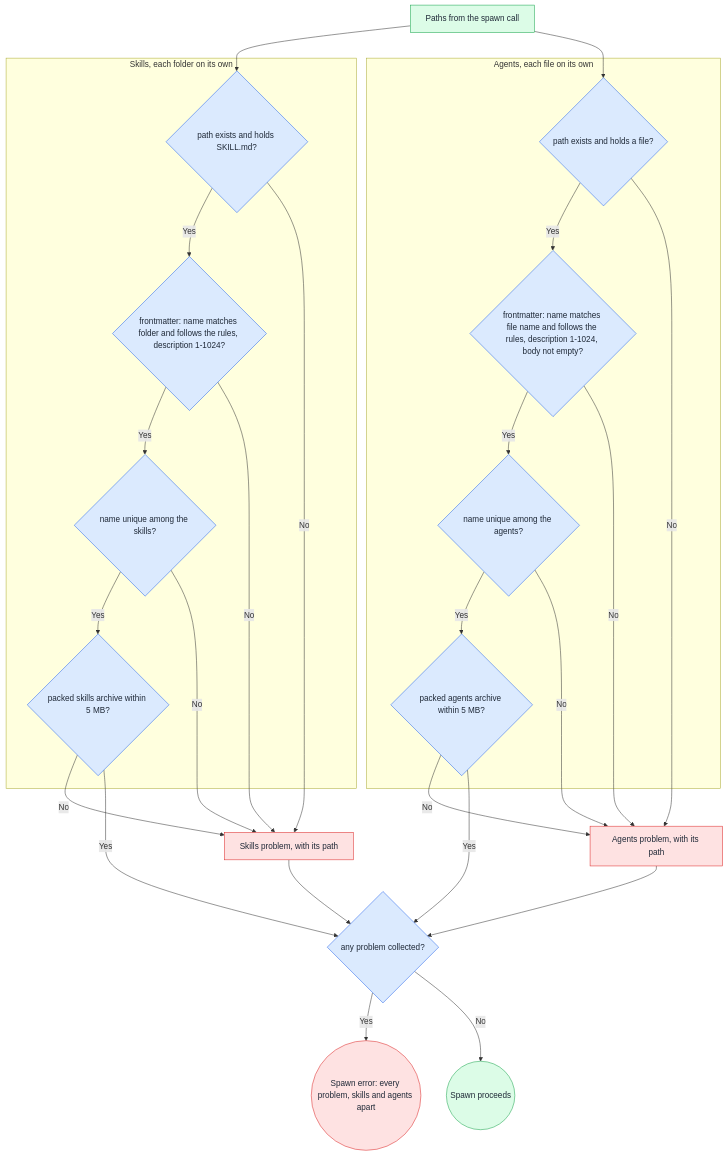
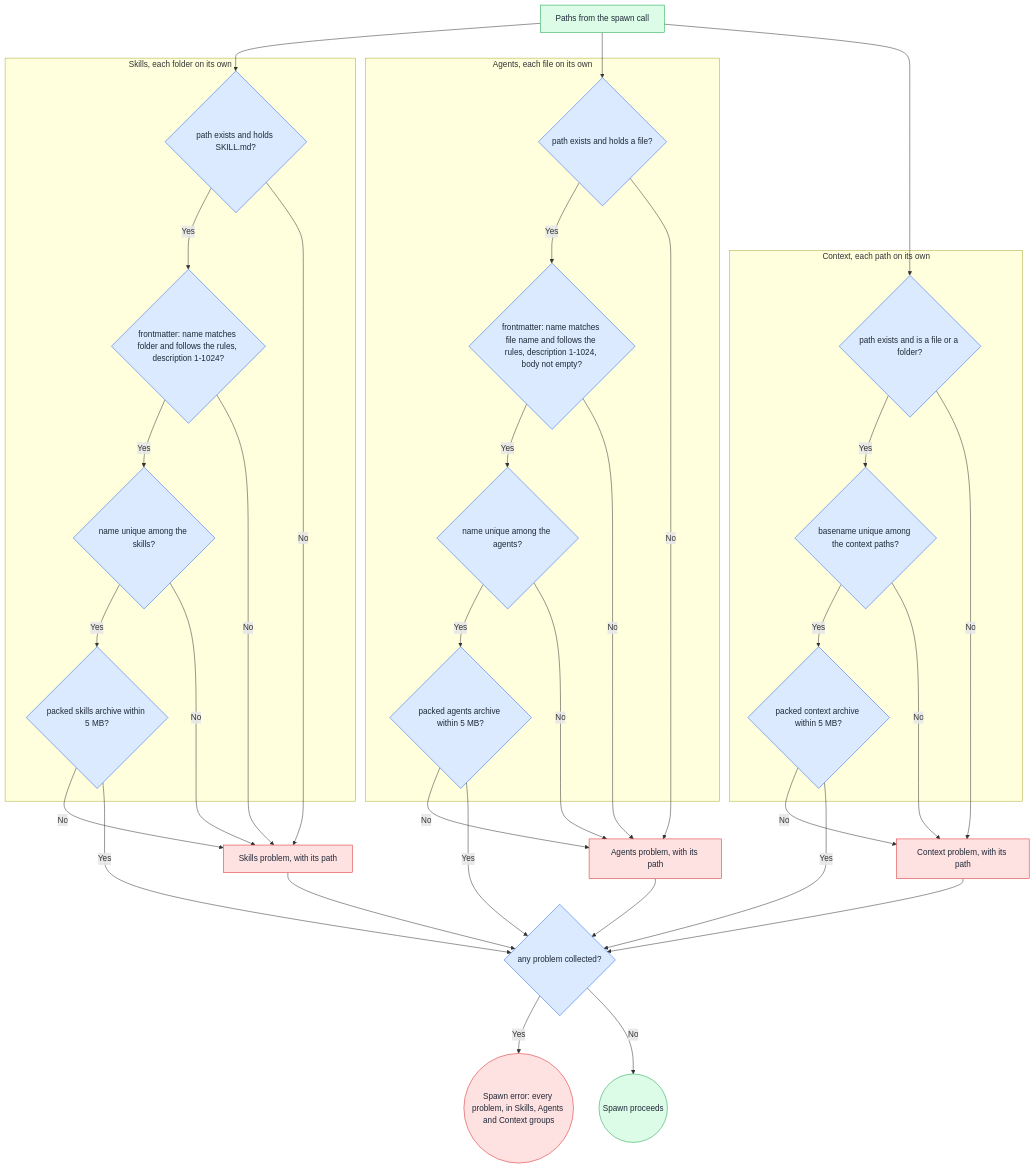
One commit to asermax/tentacles changed the fifth of 9 diagrams in docs/technical-design/sessions.md. Above: the diagram before and after it, drawn with Mermaid. The commit also changed other lines of this file and 5 other files, not shown here.

Commit message:
docs: describe the archive kinds, the archive store and context files

````diff
--- a/docs/technical-design/sessions.md
+++ b/docs/technical-design/sessions.md
@@ -257,28 +255,35 @@
 ```mermaid
 flowchart TD
-    A["Paths from the spawn call"] --> SP & AP
+    A["Paths from the spawn call"] --> SP & AP & CP
     subgraph skills["Skills, each folder on its own"]
         SP{"path exists and holds SKILL.md?"} -->|Yes| SF{"frontmatter: name matches folder and follows the rules, description 1-1024?"}
         SF -->|Yes| SU{"name unique among the skills?"}
         SU -->|Yes| SZ{"packed skills archive within 5 MB?"}
     end
     subgraph agents["Agents, each file on its own"]
         AP{"path exists and holds a file?"} -->|Yes| AF{"frontmatter: name matches file name and follows the rules, description 1-1024, body not empty?"}
         AF -->|Yes| AU{"name unique among the agents?"}
         AU -->|Yes| AZ{"packed agents archive within 5 MB?"}
     end
+    subgraph context["Context, each path on its own"]
+        CP{"path exists and is a file or a folder?"} -->|Yes| CU{"basename unique among the context paths?"}
+        CU -->|Yes| CZ{"packed context archive within 5 MB?"}
+    end
     SP & SF & SU & SZ -->|No| SE["Skills problem, with its path"]
     AP & AF & AU & AZ -->|No| AE["Agents problem, with its path"]
+    CP & CU & CZ -->|No| CE["Context problem, with its path"]
     SZ -->|Yes| J{"any problem collected?"}
     AZ -->|Yes| J
+    CZ -->|Yes| J
     SE --> J
     AE --> J
-    J -->|Yes| N(("Spawn error: every problem, skills and agents apart"))
+    CE --> J
+    J -->|Yes| N(("Spawn error: every problem, in Skills, Agents and Context groups"))
     J -->|No| O(("Spawn proceeds"))
     classDef green fill:#dcfce7,stroke:#16a34a,color:#1f2937
     classDef blue fill:#dbeafe,stroke:#2563eb,color:#1f2937
     classDef red fill:#fee2e2,stroke:#dc2626,color:#1f2937
     class A,O green
-    class SP,SF,SU,SZ,AP,AF,AU,AZ,J blue
-    class SE,AE,N red
+    class SP,SF,SU,SZ,AP,AF,AU,AZ,CP,CU,CZ,J blue
+    class SE,AE,CE,N red
 ```
````
